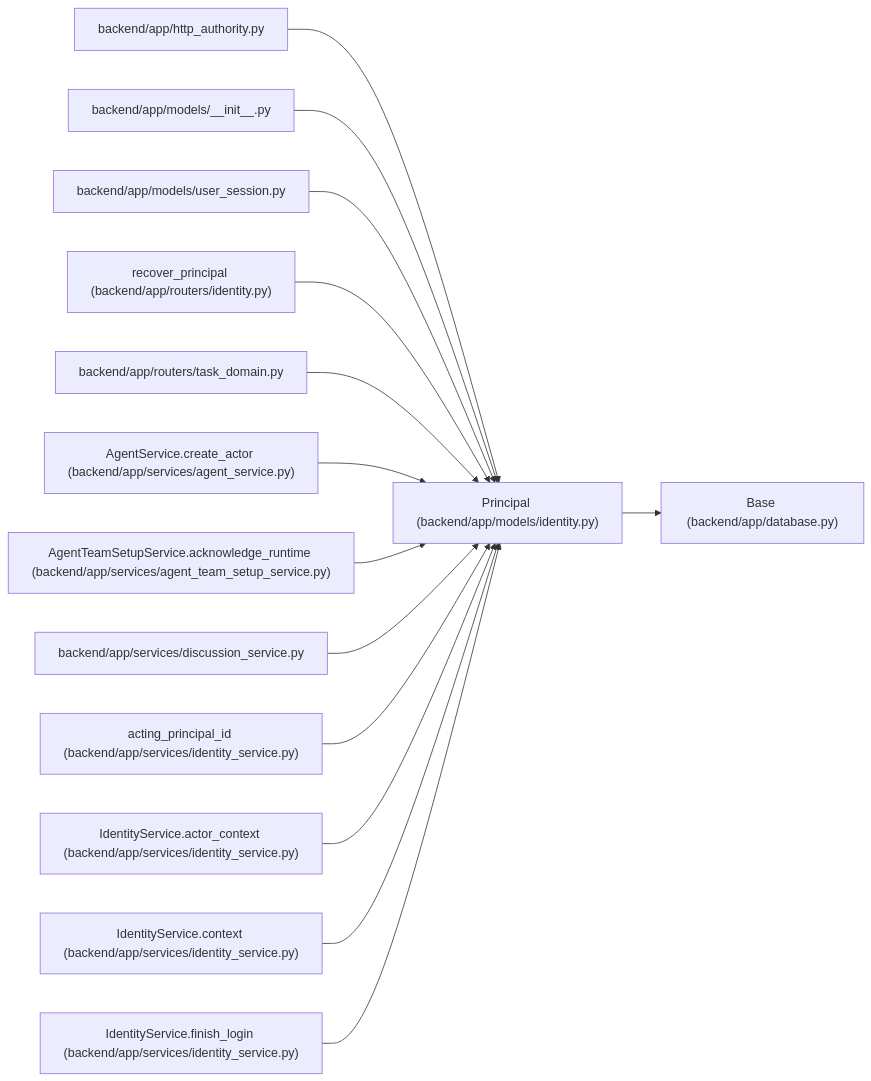
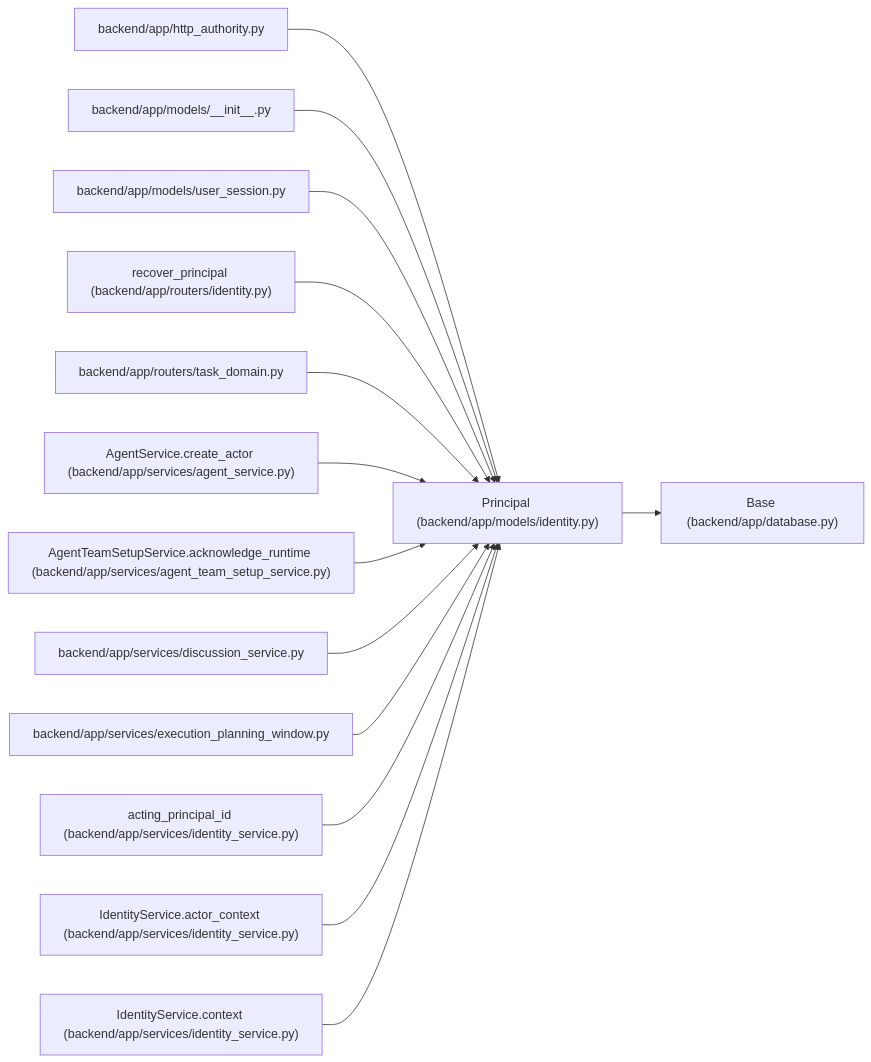
Before and after one commit to Denissvgn/WorkChord: the diagram in docs/llm_wiki/entities/Principal.md, drawn with Mermaid. The commit also changed other lines of this file and 868 other files, not shown here.

Commit message:
Document authenticated planning-window recovery and retained worker evidence

````diff
--- a/docs/llm_wiki/entities/Principal.md
+++ b/docs/llm_wiki/entities/Principal.md
@@ -30,44 +30,44 @@
 ```mermaid
 flowchart LR
     n0["Principal (backend/app/models/identity.py)"]
     n1["Base (backend/app/database.py)"]
     n2["backend/app/http_authority.py"]
     n3["backend/app/models/__init__.py"]
     n4["backend/app/models/user_session.py"]
     n5["recover_principal (backend/app/routers/identity.py)"]
     n6["backend/app/routers/task_domain.py"]
     n7["AgentService.create_actor (backend/app/services/agent_service.py)"]
     n8["AgentTeamSetupService.acknowledge_runtime (backend/app/services/agent_team_setup_service.py)"]
     n9["backend/app/services/discussion_service.py"]
-    n10["acting_principal_id (backend/app/services/identity_service.py)"]
-    n11["IdentityService.actor_context (backend/app/services/identity_service.py)"]
-    n12["IdentityService.context (backend/app/services/identity_service.py)"]
-    n13["IdentityService.finish_login (backend/app/services/identity_service.py)"]
+    n10["backend/app/services/execution_planning_window.py"]
+    n11["acting_principal_id (backend/app/services/identity_service.py)"]
+    n12["IdentityService.actor_context (backend/app/services/identity_service.py)"]
+    n13["IdentityService.context (backend/app/services/identity_service.py)"]
     n0 --> n1
     n2 --> n0
     n3 --> n0
     n4 --> n0
     n5 --> n0
     n6 --> n0
     n7 --> n0
     n8 --> n0
     n9 --> n0
     n10 --> n0
     n11 --> n0
     n12 --> n0
     n13 --> n0
     click n0 "../modules/models_identity.md"
     click n1 "../modules/app_database.md"
     click n2 "../modules/http_authority.md"
     click n3 "../modules/models___init__.md"
     click n4 "../modules/user_session.md"
     click n5 "../modules/routers_identity.md"
     click n6 "../modules/routers_task_domain.md"
     click n7 "../modules/agent_service.md"
     click n8 "../modules/agent_team_setup_service.md"
     click n9 "../modules/discussion_service.md"
-    click n10 "../modules/identity_service.md"
+    click n10 "../modules/execution_planning_window.md"
     click n11 "../modules/identity_service.md"
     click n12 "../modules/identity_service.md"
     click n13 "../modules/identity_service.md"
 ```
````
